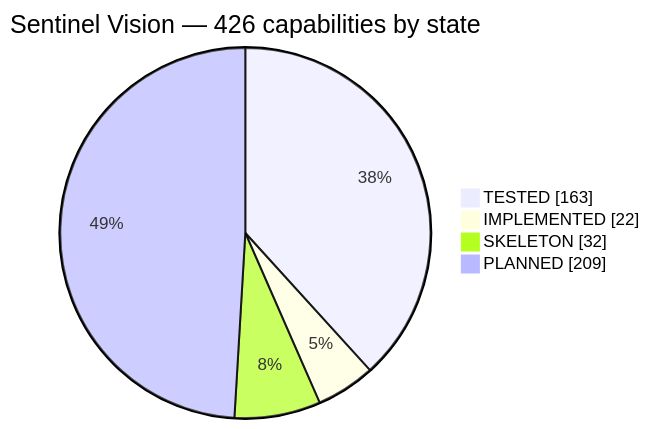
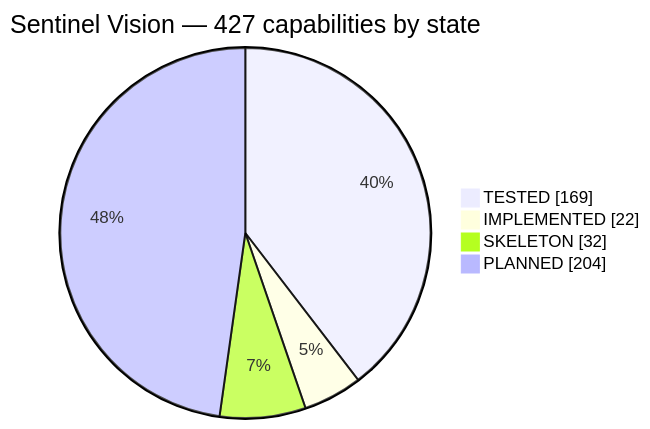
The first of 3 diagrams in FEATURES.md (haidar-farhat/V.I.G.I.L._Vision_Intelligence_and_Geospatial_ncident_Layer), drawn with Mermaid before and after one commit. The commit also changed other lines of this file and 11 other files, not shown here.

````diff
--- a/FEATURES.md
+++ b/FEATURES.md
@@ -46,8 +46,8 @@
 ```mermaid
 pie showData
-    title Sentinel Vision — 426 capabilities by state
-    "TESTED" : 163
+    title Sentinel Vision — 427 capabilities by state
+    "TESTED" : 169
     "IMPLEMENTED" : 22
     "SKELETON" : 32
-    "PLANNED" : 209
+    "PLANNED" : 204
 ```
````
